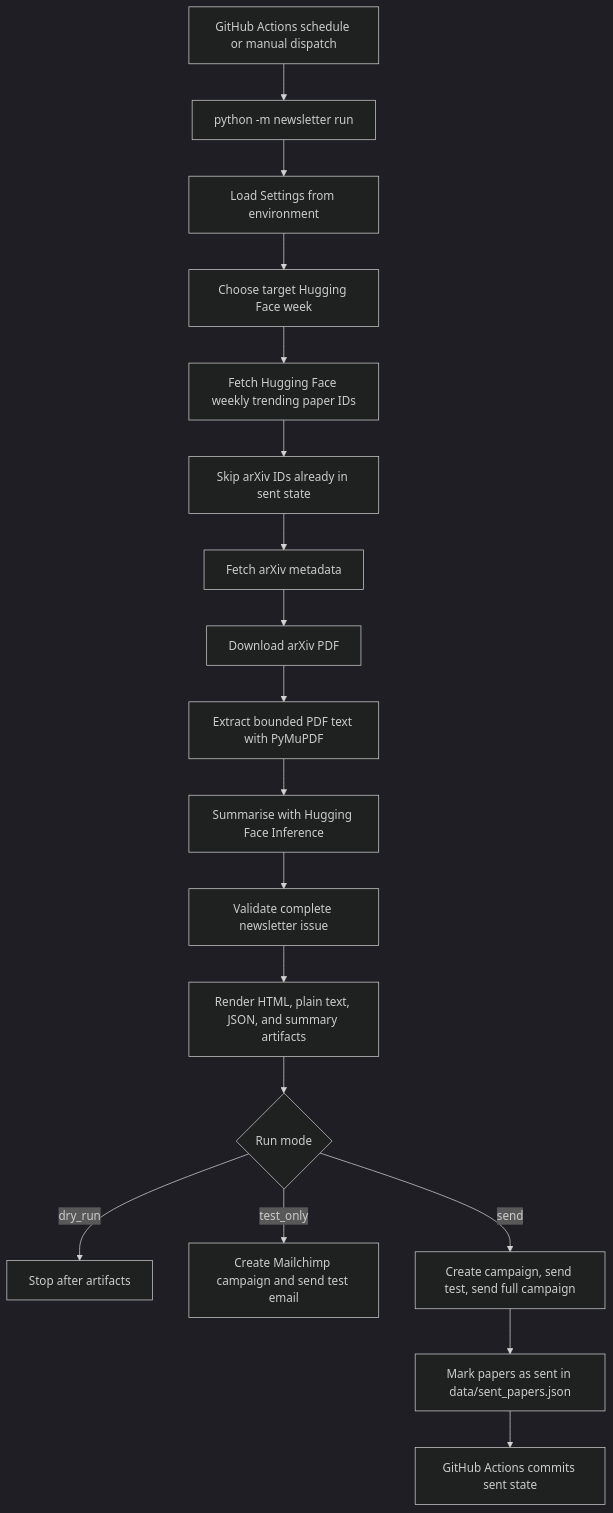
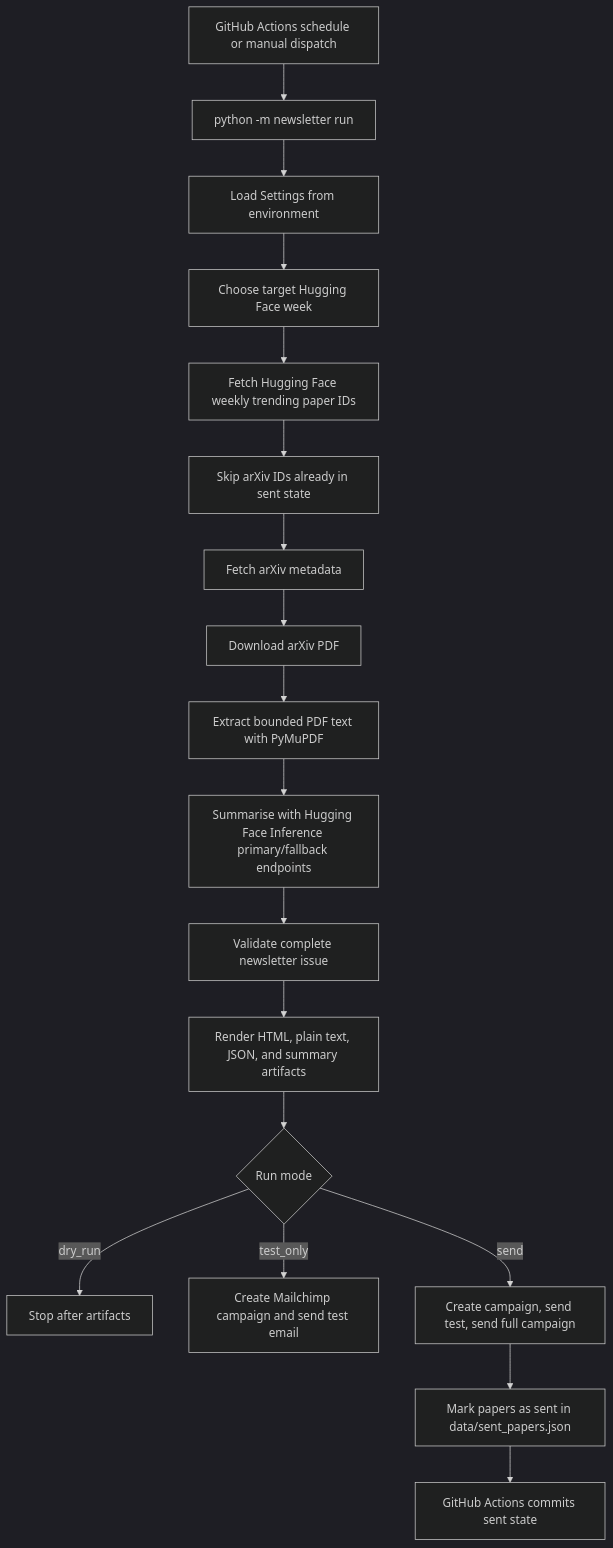
The diagram in ARCHITECTURE.md (bhavyen-1001/ai-newsletter-system), drawn with Mermaid (dark theme) before and after one commit. The commit also changed other lines of this file and 14 other files, not shown here.

Commit message:
Add Hugging Face fallback summarization and author truncation

````diff
--- a/ARCHITECTURE.md
+++ b/ARCHITECTURE.md
@@ -11,20 +11,20 @@
 ```mermaid
 flowchart TD
     A["GitHub Actions schedule or manual dispatch"] --> B["python -m newsletter run"]
     B --> C["Load Settings from environment"]
     C --> D["Choose target Hugging Face week"]
     D --> E["Fetch Hugging Face weekly trending paper IDs"]
     E --> F["Skip arXiv IDs already in sent state"]
     F --> G["Fetch arXiv metadata"]
     G --> H["Download arXiv PDF"]
     H --> I["Extract bounded PDF text with PyMuPDF"]
-    I --> J["Summarise with Hugging Face Inference"]
+    I --> J["Summarise with Hugging Face Inference primary/fallback endpoints"]
     J --> K["Validate complete newsletter issue"]
     K --> L["Render HTML, plain text, JSON, and summary artifacts"]
     L --> M{"Run mode"}
     M -->|dry_run| N["Stop after artifacts"]
     M -->|test_only| O["Create Mailchimp campaign and send test email"]
     M -->|send| P["Create campaign, send test, send full campaign"]
     P --> Q["Mark papers as sent in data/sent_papers.json"]
     Q --> R["GitHub Actions commits sent state"]
 ```
````
